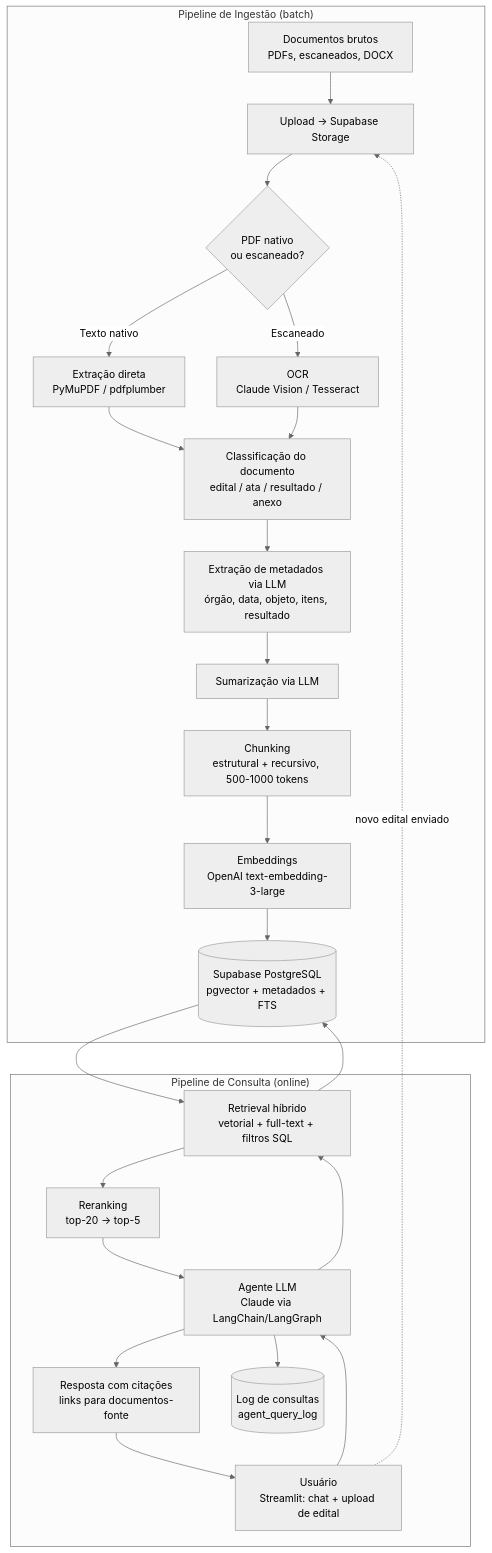
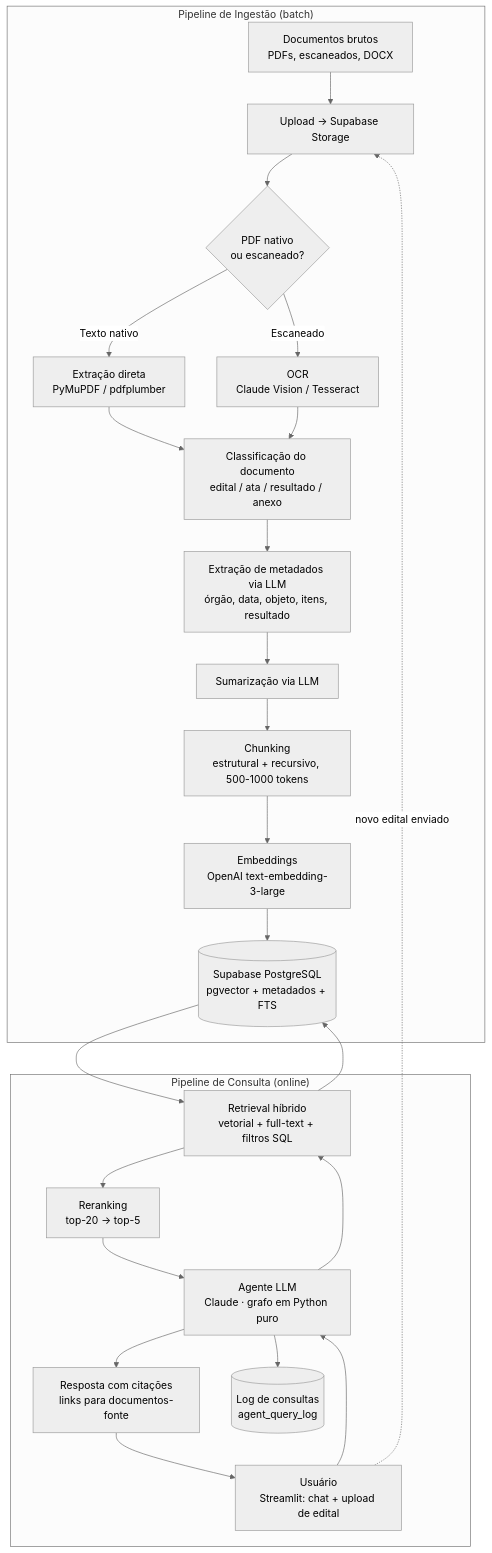
One commit to m2015l/pharma-operations-engine changed the diagram in docs/ARQUITETURA.md. Above: the diagram before and after it, drawn with Mermaid (neutral theme). The commit also changed other lines of this file and 18 other files, not shown here.

````diff
--- a/docs/ARQUITETURA.md
+++ b/docs/ARQUITETURA.md
@@ -14,30 +14,30 @@
 ```mermaid
 flowchart TB
     subgraph INGESTAO["Pipeline de Ingestão (batch)"]
         A[Documentos brutos<br/>PDFs, escaneados, DOCX] --> B[Upload → Supabase Storage]
         B --> C{PDF nativo<br/>ou escaneado?}
         C -- "Texto nativo" --> D[Extração direta<br/>PyMuPDF / pdfplumber]
         C -- "Escaneado" --> E[OCR<br/>Claude Vision / Tesseract]
         D --> F[Classificação do documento<br/>edital / ata / resultado / anexo]
         E --> F
         F --> G[Extração de metadados via LLM<br/>órgão, data, objeto, itens, resultado]
         G --> H[Sumarização via LLM]
         H --> I[Chunking<br/>estrutural + recursivo, 500-1000 tokens]
         I --> J[Embeddings<br/>OpenAI text-embedding-3-large]
         J --> K[(Supabase PostgreSQL<br/>pgvector + metadados + FTS)]
     end
 
     subgraph CONSULTA["Pipeline de Consulta (online)"]
-        L[Usuário<br/>Streamlit: chat + upload de edital] --> M[Agente LLM<br/>Claude via LangChain/LangGraph]
+        L[Usuário<br/>Streamlit: chat + upload de edital] --> M[Agente LLM<br/>Claude · grafo em Python puro]
         M --> N[Retrieval híbrido<br/>vetorial + full-text + filtros SQL]
         N --> K
         K --> N
         N --> O[Reranking<br/>top-20 → top-5]
         O --> M
         M --> P[Resposta com citações<br/>links para documentos-fonte]
         P --> L
         M --> Q[(Log de consultas<br/>agent_query_log)]
     end
 
     L -. "novo edital enviado" .-> B
 ```
````
